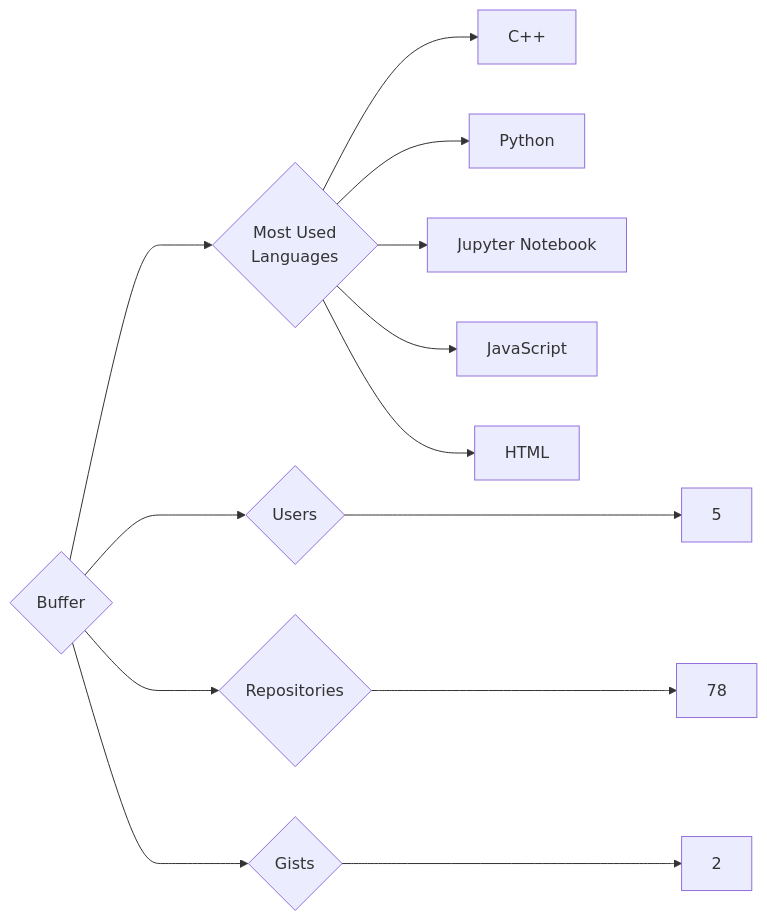
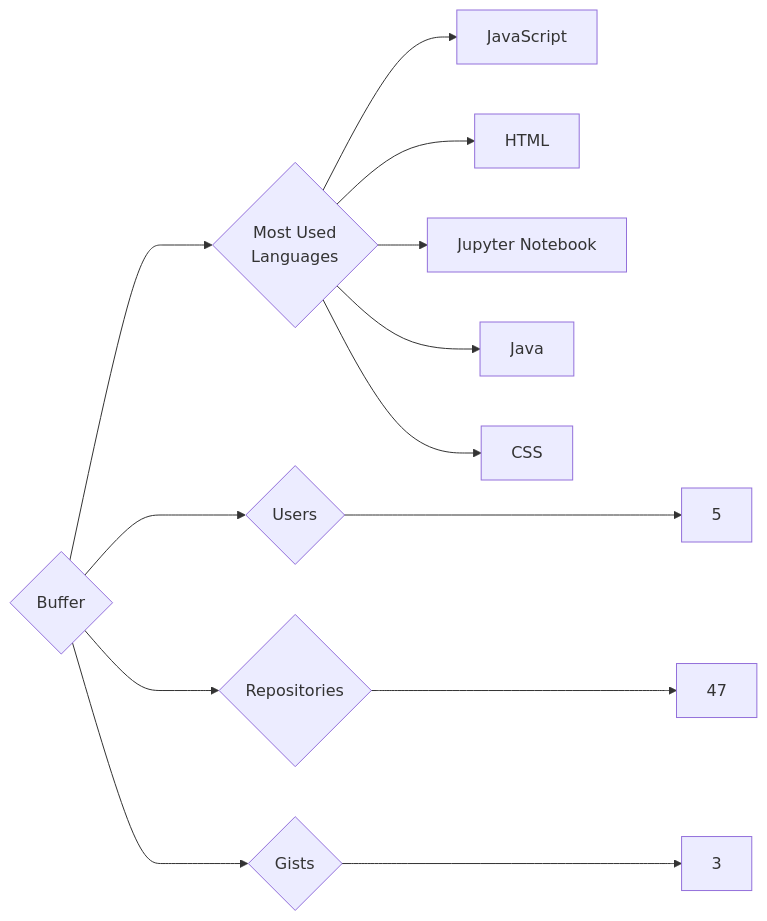
Before and after one commit to trickest/insiders: the diagram in targets/Buffer/README.md, drawn with Mermaid. The commit also changed 927 other files, not shown here.

````diff
--- a/targets/Buffer/README.md
+++ b/targets/Buffer/README.md
@@ -3,13 +3,13 @@
 ```mermaid
 graph LR
 COMPANY_NAME{Buffer}
 COMPANY_NAME ---> U{Users} ---> UN[5]
-COMPANY_NAME ---> R{Repositories} ---> RN[78]
-COMPANY_NAME ---> G{Gists} ---> GN[2]
+COMPANY_NAME ---> R{Repositories} ---> RN[47]
+COMPANY_NAME ---> G{Gists} ---> GN[3]
 COMPANY_NAME ---> ML{Most Used<br>Languages}
-ML --> C++[C++]
-ML --> Python[Python]
-ML --> Jupyter_Notebook[Jupyter Notebook]
 ML --> JavaScript[JavaScript]
 ML --> HTML[HTML]
+ML --> Jupyter_Notebook[Jupyter Notebook]
+ML --> Java[Java]
+ML --> CSS[CSS]
 ```
````
